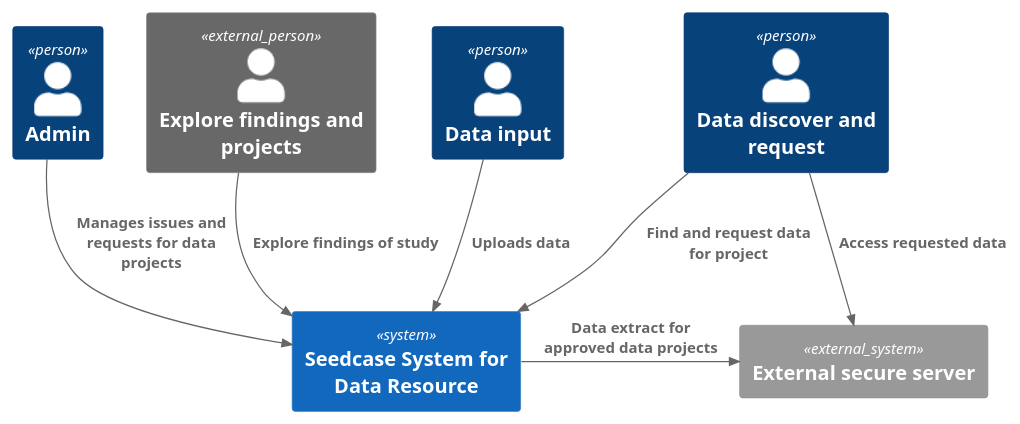
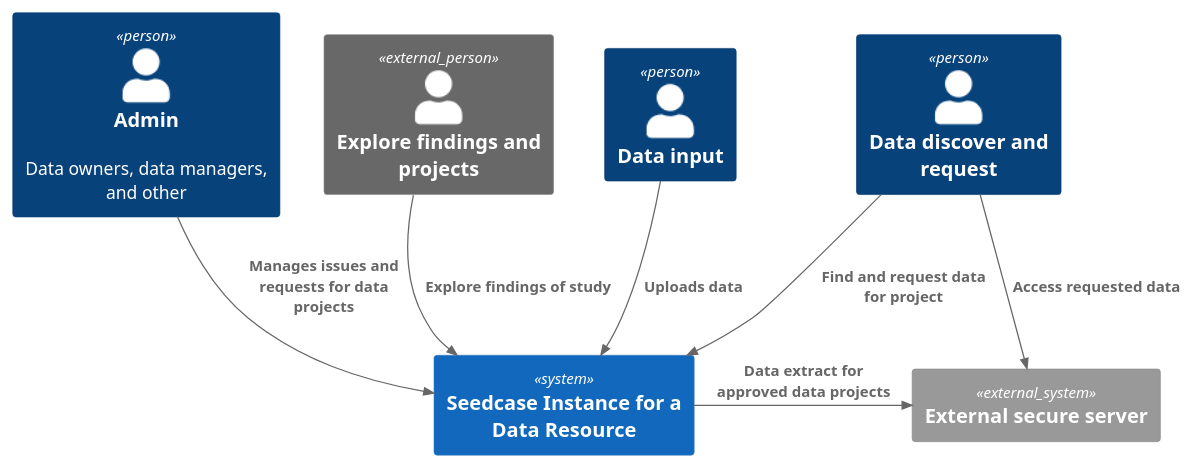
Before and after one commit to seedcase-project/seedcase-website: the diagram in design/images/context.puml, drawn with PlantUML.

Commit message:
very small edits to context diagram

```diff
--- a/design/images/context.puml
+++ b/design/images/context.puml
@@ -1,21 +1,21 @@
 @startuml
 !include https://raw.githubusercontent.com/plantuml-stdlib/C4-PlantUML/master/C4_Context.puml
 
 Person(user_data_input, "Data input")
 Person(user_data_request, "Data discover and request")
-Person(user_admin, "Admin")
+Person(user_admin, "Admin", "Data owners, data managers, and other ")
 
 Person_Ext(user_results, "Explore findings and projects")
 
 Lay_Right(user_admin, user_results)
 
-System(ui, "Seedcase System for Data Resource")
+System(ui, "Seedcase Instance for a Data Resource")
 System_Ext(external_server, "External secure server")
 
 Rel(user_data_input, ui, "Uploads data")
 Rel(user_data_request, ui, "Find and request data for project")
 Rel(user_results, ui, "Explore findings of study")
 Rel(user_admin, ui, "Manages issues and requests for data projects")
 Rel_Right(ui, external_server, "Data extract for approved data projects")
 Rel(user_data_request, external_server, "Access requested data")
 @enduml
```
